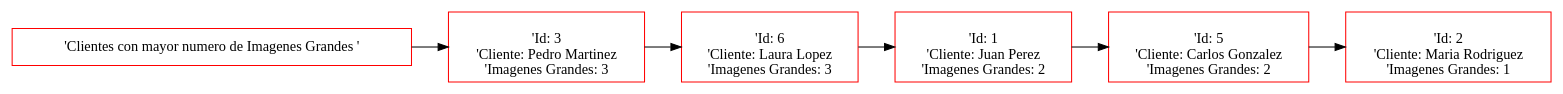
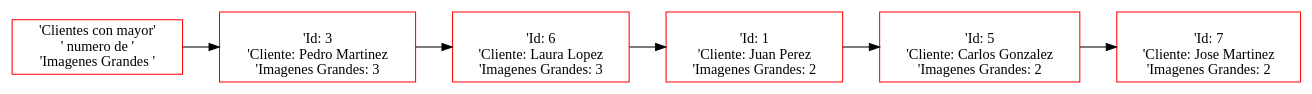
The diagram in Proyecto1/Proyecto1_202200089/Pruebas/PJ/Max.dot (FranklinONP/EDD_PROYECTO_202200089), drawn with Graphviz before and after one commit. The commit also changed 4 other files, not shown here.

```diff
--- a/Proyecto1/Proyecto1_202200089/Pruebas/PJ/Max.dot
+++ b/Proyecto1/Proyecto1_202200089/Pruebas/PJ/Max.dot
@@ -1,14 +1,14 @@
  digraph G {
  rankdir=LR;
- node0 [label=" 'Clientes con mayor numero de Imagenes Grandes '",  color="red", shape="rectangle"];
+ node0 [label=" 'Clientes con mayor'\n' numero de '\n'Imagenes Grandes '",  color="red", shape="rectangle"];
  node1 [label=" \n'Id: 3\n'Cliente: Pedro Martinez\n'Imagenes Grandes: 3", color="red", shape="rectangle"];
  node0 -> node1 [dir="forward"];
  node2 [label=" \n'Id: 6\n'Cliente: Laura Lopez\n'Imagenes Grandes: 3", color="red", shape="rectangle"];
  node1 -> node2 [dir="forward"];
  node3 [label=" \n'Id: 1\n'Cliente: Juan Perez\n'Imagenes Grandes: 2", color="red", shape="rectangle"];
  node2 -> node3 [dir="forward"];
  node4 [label=" \n'Id: 5\n'Cliente: Carlos Gonzalez\n'Imagenes Grandes: 2", color="red", shape="rectangle"];
  node3 -> node4 [dir="forward"];
- node5 [label=" \n'Id: 2\n'Cliente: Maria Rodriguez\n'Imagenes Grandes: 1", color="red", shape="rectangle"];
+ node5 [label=" \n'Id: 7\n'Cliente: Jose Martinez\n'Imagenes Grandes: 2", color="red", shape="rectangle"];
  node4 -> node5 [dir="forward"];
  }
```
